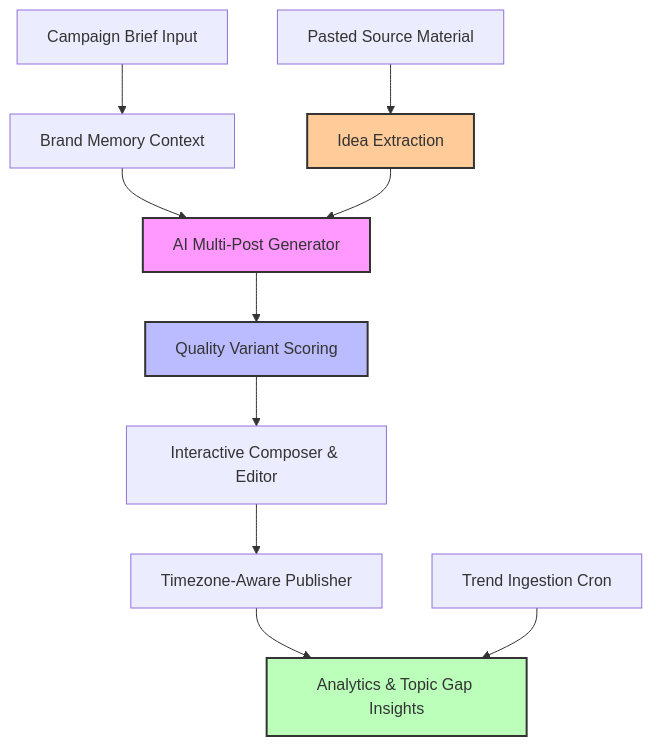
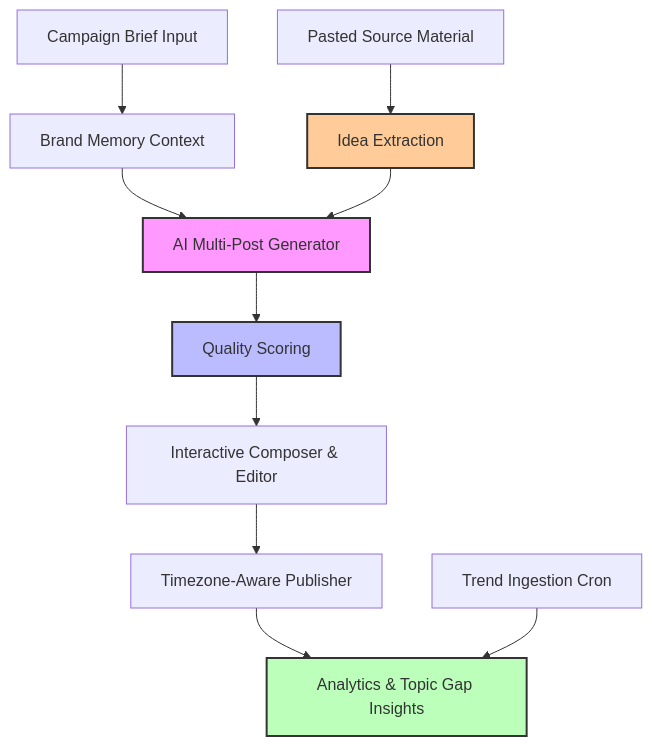
One commit to CJCreator-New/social-spark changed the first of 2 diagrams in docs/ONE_PAGER.md. Above: the diagram before and after it, drawn with Mermaid. The commit also changed other lines of this file and 20 other files, not shown here.

````diff
--- a/docs/ONE_PAGER.md
+++ b/docs/ONE_PAGER.md
@@ -20,17 +20,17 @@
 ```mermaid
 graph TD
     A[Campaign Brief Input] --> B[Brand Memory Context]
     B --> C[AI Multi-Post Generator]
-    C --> D[Quality Variant Scoring]
+    C --> D[Quality Scoring]
     D --> E[Interactive Composer & Editor]
     E --> F[Timezone-Aware Publisher]
     F --> G[Analytics & Topic Gap Insights]
     H[Pasted Source Material] --> I[Idea Extraction]
     I --> C
     J[Trend Ingestion Cron] --> G
 
     style C fill:#f9f,stroke:#333,stroke-width:2px
     style D fill:#bbf,stroke:#333,stroke-width:2px
     style G fill:#bfb,stroke:#333,stroke-width:2px
     style I fill:#fc9,stroke:#333,stroke-width:2px
 ```
````
